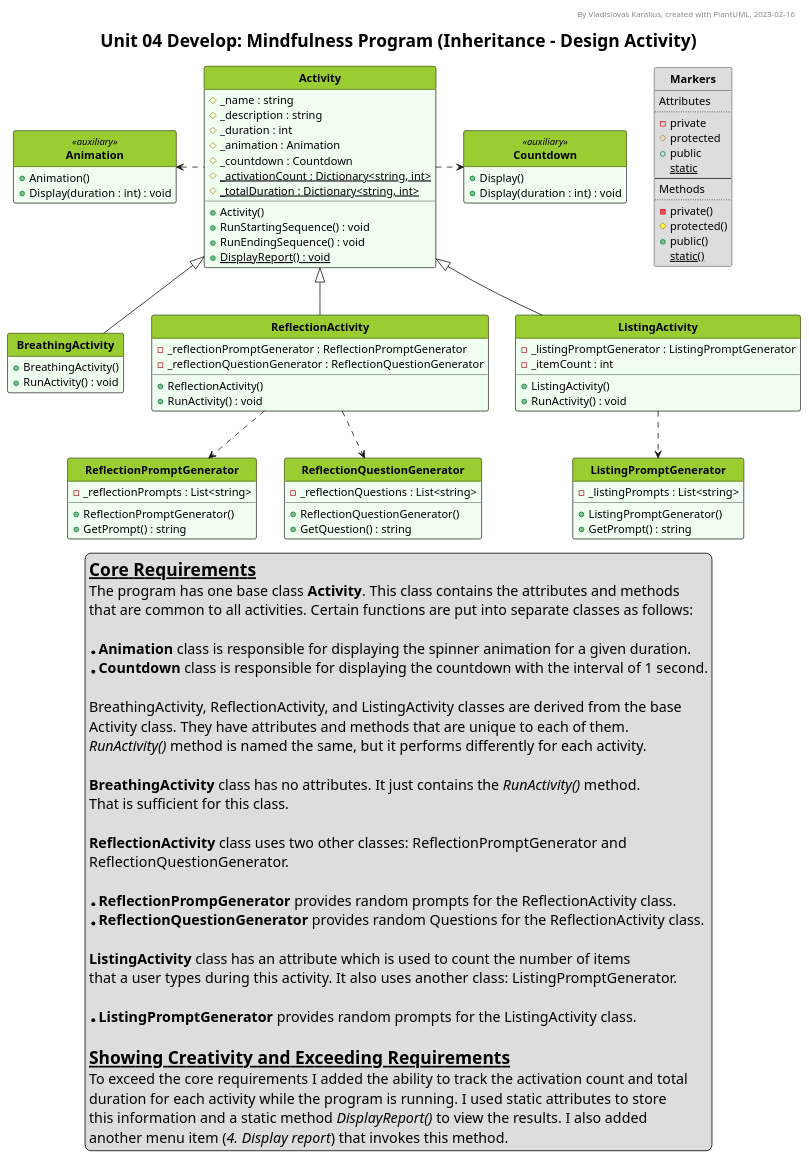
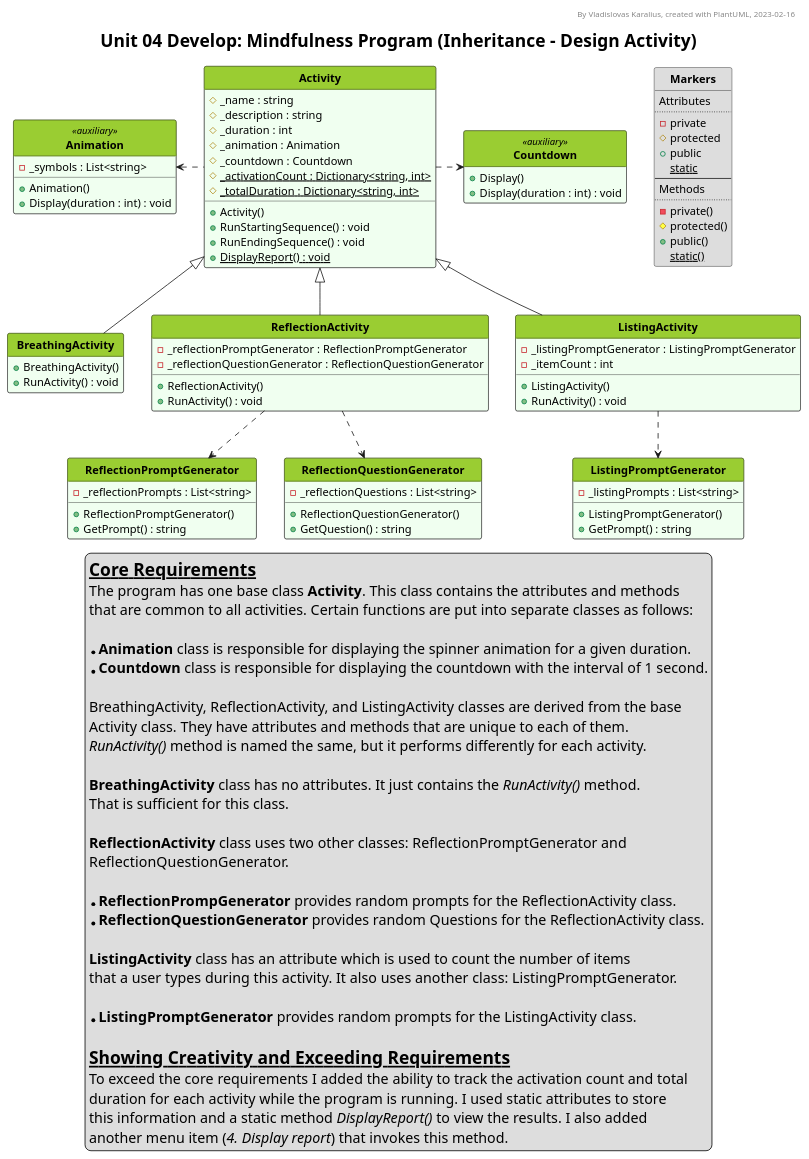
One commit to VladKaralius/cse210-projects changed the diagram in prove/Develop04/UML_diagram.pu. Above: the diagram before and after it, drawn with PlantUML. The commit also changed 3 other files, not shown here.

```diff
--- a/prove/Develop04/UML_diagram.pu
+++ b/prove/Develop04/UML_diagram.pu
@@ -1,170 +1,171 @@
 @startuml UML_diagram
 
 '--Formatting options--
 hide circle
 hide empty members
 'skinparam classAttributeIconSize 0
 skinparam style strictuml
 'skinparam groupInheritance 2
 'skinparam linetype ortho
 'skinparam Nodesep 15
 'skinparam Ranksep 25
 'left to right direction
 
 '--Styling--
 'skinparam BackgroundColor White/LightGreen
 skinparam TitleFontSize 22
 
 <style>
 classDiagram {
   class {
     '-attributes and methods-
     'FontSize 14
     'FontColor black
     'BackgroundColor #fefece
     BackgroundColor #f0fff0
     'RoundCorner 0
     '-class name-
     header {
       'FontSize 12
       'FontColor Black
       FontStyle bold
       BackgroundColor YellowGreen
     }
   }
   note {
     BackgroundColor Yellow
   }
   legend {
     FontSize 18
   }
 </style>
 
 '--Header, title, caption--
 header By Vladislovas Karalius, created with PlantUML, 2023-02-16
 title Unit 04 Develop: Mindfulness Program (Inheritance - Design Activity)
 'caption <:warning:>Constructors without parameters are not shown in this diagram
 
 ' Dummy class that explains visibility symbols
 class Markers #dddddd {
 Attributes
 ..
 - private
 # protected
 + public
 {static} static
 --
 Methods
 ..
 - private()
 # protected()
 + public()
 {static} static()
 }
 
 '--Main--
 class Activity {
   # _name : string
   # _description : string
   # _duration : int
   # _animation : Animation
   # _countdown : Countdown
   # {static} _activationCount : Dictionary<string, int>
   # {static} _totalDuration : Dictionary<string, int>
   + Activity()
   + RunStartingSequence() : void
   + RunEndingSequence() : void
   + {static} DisplayReport() : void
 }
 
 class BreathingActivity {
   + BreathingActivity()
   + RunActivity() : void
 }
 
 class ReflectionActivity {
   - _reflectionPromptGenerator : ReflectionPromptGenerator
   - _reflectionQuestionGenerator : ReflectionQuestionGenerator
   + ReflectionActivity()
   + RunActivity() : void
 }
 
 class ListingActivity {
   - _listingPromptGenerator : ListingPromptGenerator
   - _itemCount : int
   + ListingActivity()
   + RunActivity() : void
 }
 
 class ReflectionPromptGenerator {
   - _reflectionPrompts : List<string>
   + ReflectionPromptGenerator()
   + GetPrompt() : string
 }
 
 class ReflectionQuestionGenerator {
   - _reflectionQuestions : List<string>
   + ReflectionQuestionGenerator()
   + GetQuestion() : string
 }
 
 class ListingPromptGenerator {
   - _listingPrompts : List<string>
   + ListingPromptGenerator()
   + GetPrompt() : string
 }
 
 class Animation <<auxiliary>> {
+  - _symbols : List<string>
   + Animation()
   + Display(duration : int) : void
 }
 
 class Countdown <<auxiliary>> {
   + Display()
   + Display(duration : int) : void
 }
 
 Activity <|-- BreathingActivity
 Activity <|-- ReflectionActivity
 Activity <|-- ListingActivity
 ReflectionActivity ..> ReflectionPromptGenerator
 ReflectionActivity ..> ReflectionQuestionGenerator
 ListingActivity ..> ListingPromptGenerator
 Activity .left.> Animation
 Activity .right.> Countdown
 
 '--Description--
 legend bottom
 <size:22>__**Core Requirements**__
 The program has one base class **Activity**. This class contains the attributes and methods
 that are common to all activities. Certain functions are put into separate classes as follows:
 
 * **Animation** class is responsible for displaying the spinner animation for a given duration.
 * **Countdown** class is responsible for displaying the countdown with the interval of 1 second.
 
 BreathingActivity, ReflectionActivity, and ListingActivity classes are derived from the base
 Activity class. They have attributes and methods that are unique to each of them.
 //RunActivity()// method is named the same, but it performs differently for each activity.
 
 **BreathingActivity** class has no attributes. It just contains the //RunActivity()// method.
 That is sufficient for this class.
 
 **ReflectionActivity** class uses two other classes: ReflectionPromptGenerator and
 ReflectionQuestionGenerator.
 
 * **ReflectionPrompGenerator** provides random prompts for the ReflectionActivity class.
 * **ReflectionQuestionGenerator** provides random Questions for the ReflectionActivity class.
 
 **ListingActivity** class has an attribute which is used to count the number of items
 that a user types during this activity. It also uses another class: ListingPromptGenerator.
 
 * **ListingPromptGenerator** provides random prompts for the ListingActivity class.
 
 <size:22>__**Showing Creativity and Exceeding Requirements**__
 To exceed the core requirements I added the ability to track the activation count and total
 duration for each activity while the program is running. I used static attributes to store
 this information and a static method //DisplayReport()// to view the results. I also added
 another menu item (//4. Display report//) that invokes this method.
 endlegend
 
 @enduml
```
